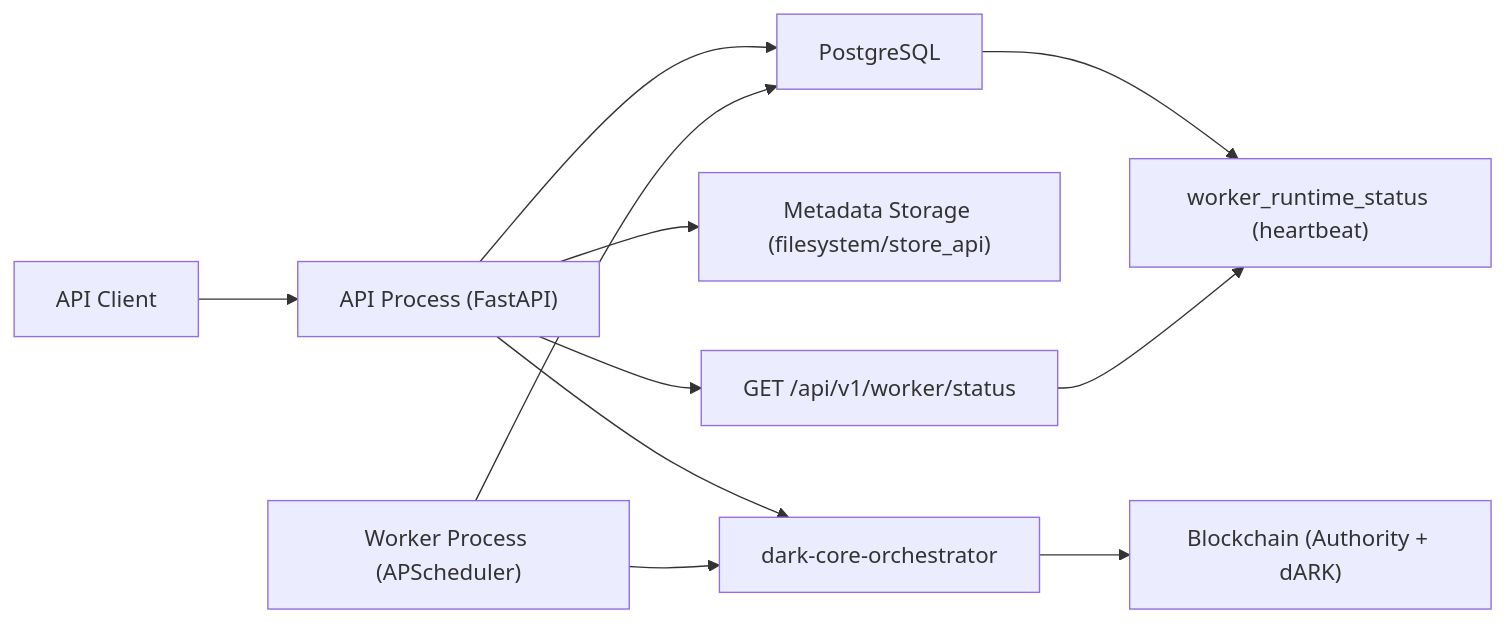
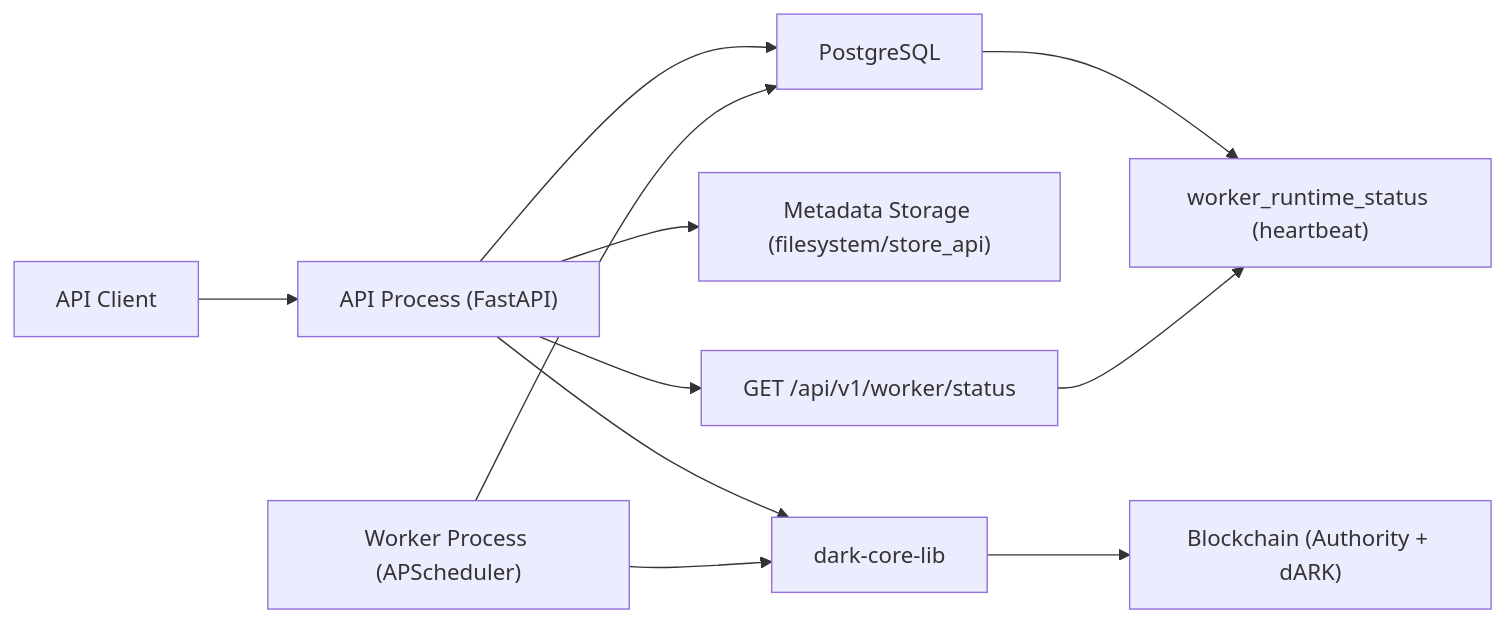
Before and after one commit to LA-Referencia-IOI/dark-core-minter-api: the first of 9 diagrams in minter-architecture.md, drawn with Mermaid. The commit also changed other lines of this file and 37 other files, not shown here.

First line of the commit message:
Migrate from orchestrator to dark-core-lib client

````diff
--- a/minter-architecture.md
+++ b/minter-architecture.md
@@ -9,15 +9,15 @@
 ```mermaid
 flowchart LR
     C["API Client"] --> API["API Process (FastAPI)"]
     API --> DB["PostgreSQL"]
     API --> ST["Metadata Storage (filesystem/store_api)"]
-    API --> ORCH["dark-core-orchestrator"]
-    ORCH --> CHAIN["Blockchain (Authority + dARK)"]
+    API --> CORE["dark-core-lib"]
+    CORE --> CHAIN["Blockchain (Authority + dARK)"]
 
     W["Worker Process (APScheduler)"] --> DB
-    W --> ORCH
+    W --> CORE
 
     DB --> HB["worker_runtime_status (heartbeat)"]
     API --> WS["GET /api/v1/worker/status"]
     WS --> HB
 ```
````
